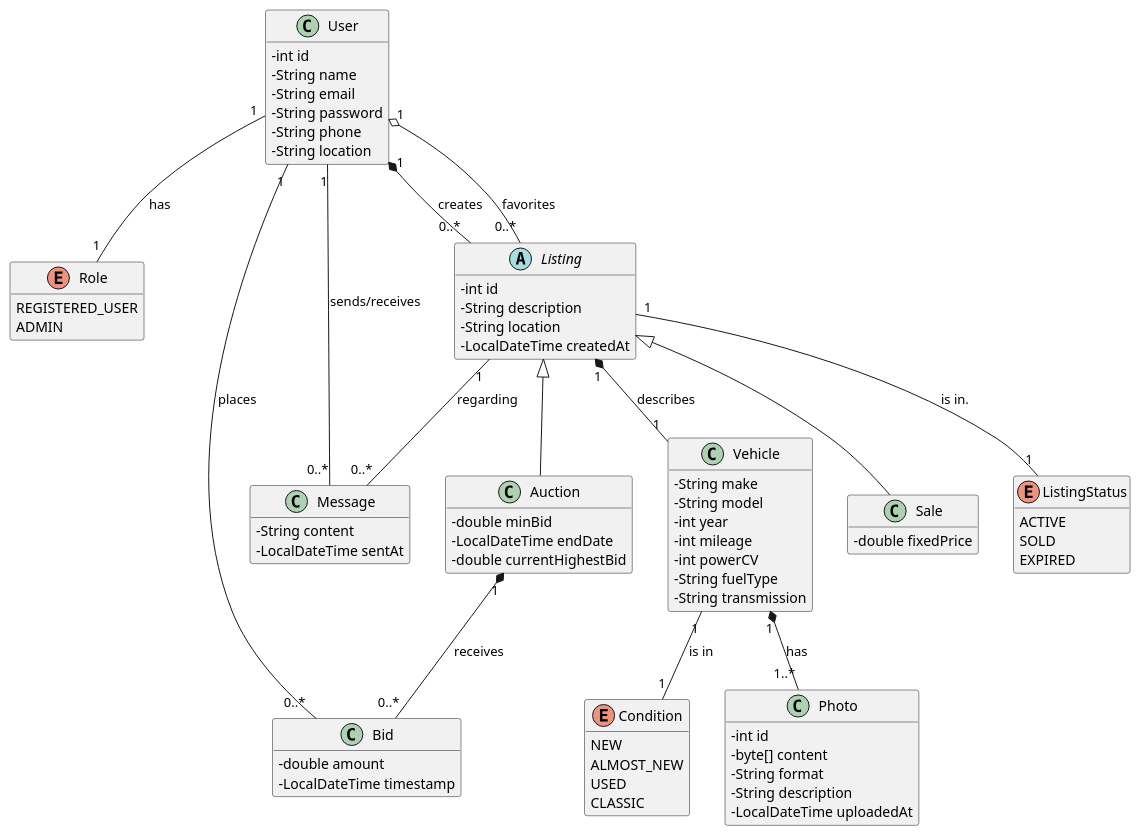
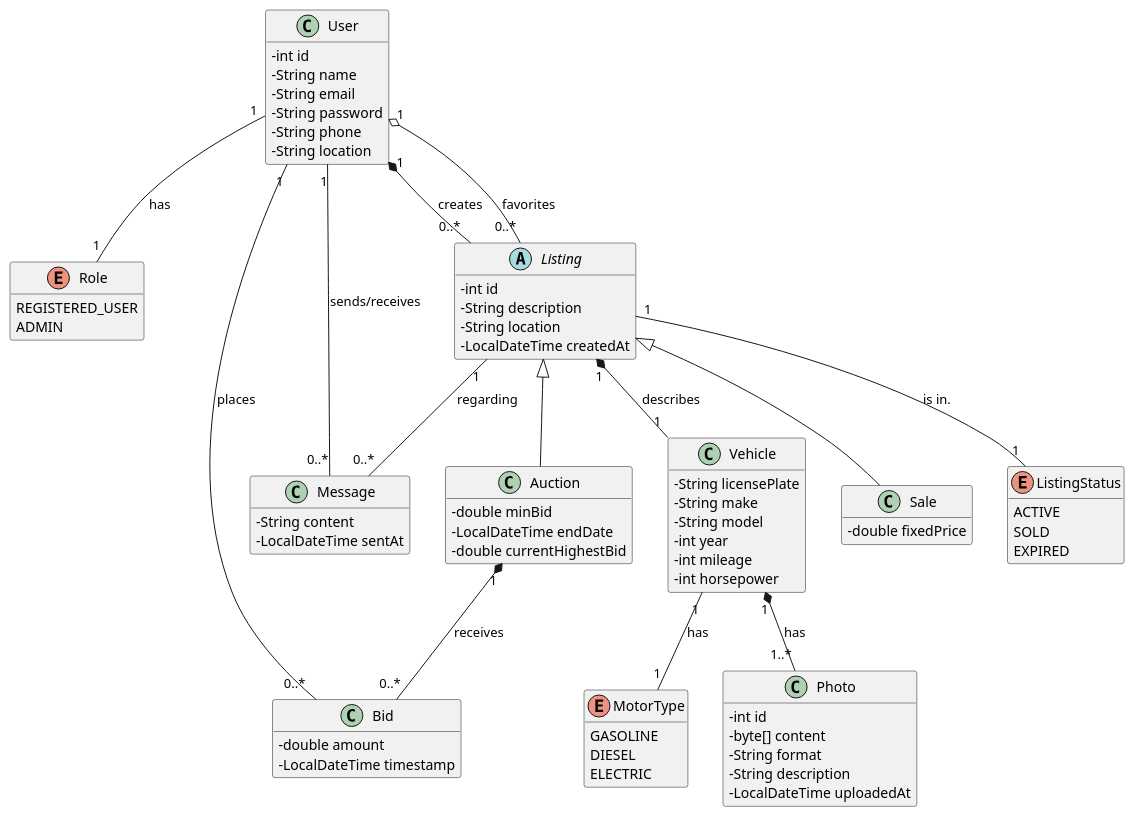
Before and after one commit to Borobil21/LezoProject: the diagram in docs/domainmodel.puml, drawn with PlantUML. The commit also changed 10 other files, not shown here.

```diff
--- a/docs/domainmodel.puml
+++ b/docs/domainmodel.puml
@@ -1,97 +1,95 @@
 @startuml PickAuto_Domain_Model
 
 skinparam classAttributeIconSize 0
 hide methods
 
 enum Role {
     REGISTERED_USER
     ADMIN
 }
 
-enum Condition {
-    NEW
-    ALMOST_NEW
-    USED
-    CLASSIC
+enum MotorType {
+    GASOLINE
+    DIESEL
+    ELECTRIC
 }
 
 enum ListingStatus {
     ACTIVE
     SOLD
     EXPIRED
 }
 
 class User {
     - int id
     - String name
     - String email
     - String password
     - String phone
     - String location
 }
 
 class Vehicle {
+    - String licensePlate
     - String make
     - String model
     - int year
     - int mileage
-    - int powerCV
-    - String fuelType
-    - String transmission
+    - int horsepower
 }
 
 class Photo {
     - int id
     - byte[] content
     - String format
     - String description
     - LocalDateTime uploadedAt
 }
 
 abstract class Listing {
     - int id
     - String description
     - String location
     - LocalDateTime createdAt
 }
 
 class Sale {
     - double fixedPrice
 }
 
 class Auction {
     - double minBid
     - LocalDateTime endDate
     - double currentHighestBid
 }
 
 class Bid {
     - double amount
     - LocalDateTime timestamp
 }
 
 class Message {
     - String content
     - LocalDateTime sentAt
 }
 
 ' Relaciones
 User "1" *-- "0..*" Listing : creates
 User "1" o-- "0..*" Listing : favorites
 User "1" -- "0..*" Bid : places
 User "1" -- "0..*" Message : sends/receives
 
 Listing "1" *-- "1" Vehicle : describes
 Listing <|-- Sale
 Listing <|-- Auction
 Listing "1" -- "0..*" Message : regarding
 
 Auction "1" *-- "0..*" Bid : receives
 
 Vehicle "1" *-- "1..*" Photo : has
 
 User "1" -- "1" Role : has
-Vehicle "1" -- "1" Condition : is in
+Vehicle "1" -- "1" MotorType : has
 Listing "1" -- "1" ListingStatus : is in.
 
 @enduml
```
